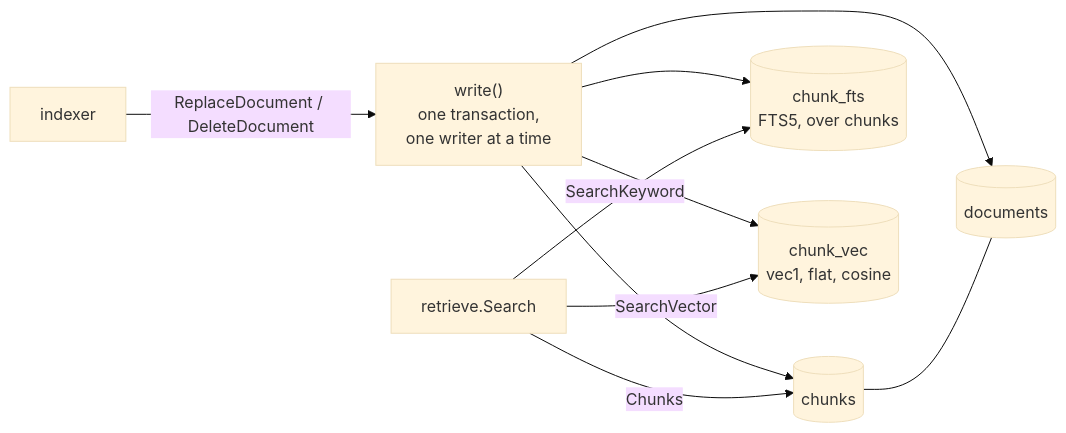
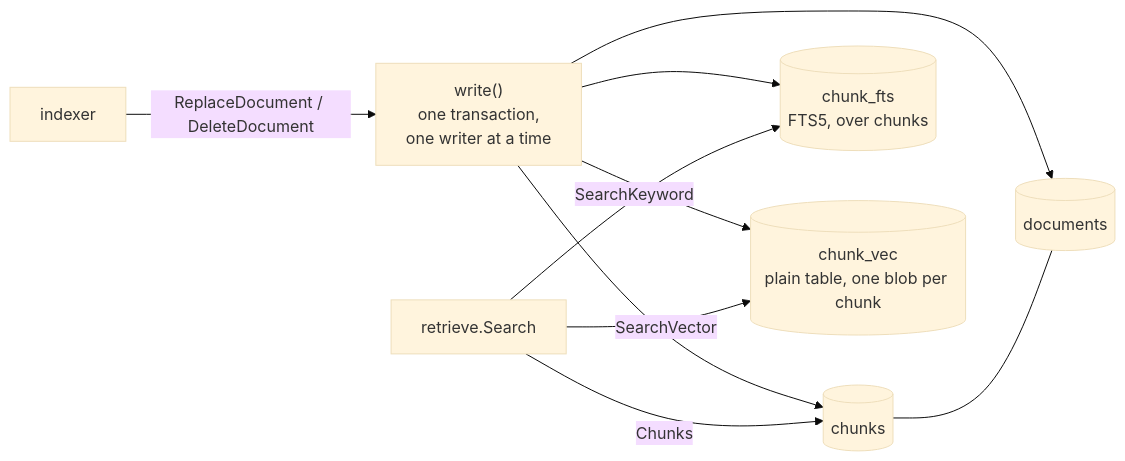
The diagram in docs/coding-notes/store.md (aarora79/meru), drawn with Mermaid (base theme) before and after one commit. The commit also changed other lines of this file and 7 other files, not shown here.

First line of the commit message:
Store: keep vectors in a plain table, no vec1 index

````diff
--- a/docs/coding-notes/store.md
+++ b/docs/coding-notes/store.md
@@ -27,12 +28,12 @@
 ```mermaid
 flowchart LR
     IDX["indexer"] -- "ReplaceDocument / DeleteDocument" --> W["write()<br/>one transaction,<br/>one writer at a time"]
     W --> D[("documents")]
     W --> C[("chunks")]
     W --> F[("chunk_fts<br/>FTS5, over chunks")]
-    W --> V[("chunk_vec<br/>vec1, flat, cosine")]
+    W --> V[("chunk_vec<br/>plain table, one blob per chunk")]
     RET["retrieve.Search"] -- "SearchVector" --> V
     RET -- "SearchKeyword" --> F
     RET -- "Chunks" --> C
     C --- D
 ```
````
